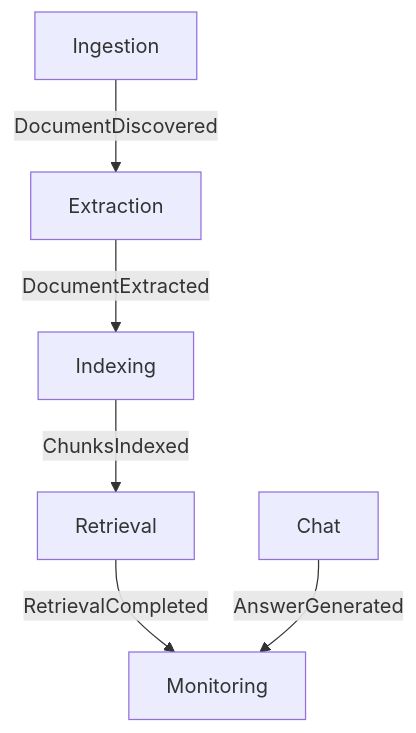
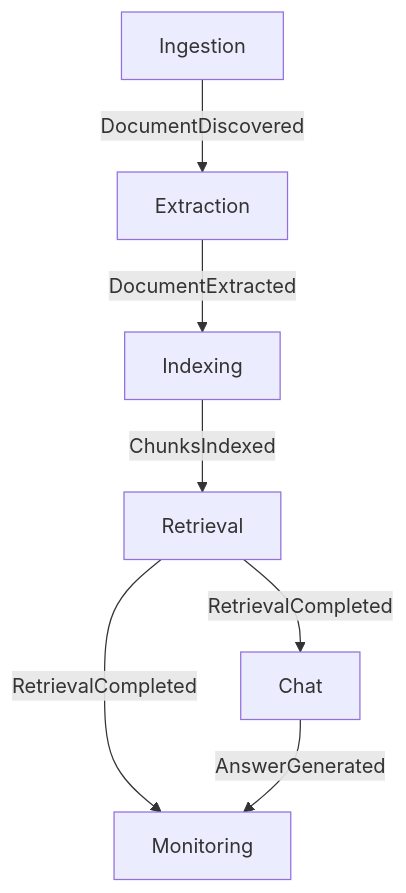
One commit to Rickycg21/MARP.Guide.Y3 changed the diagram in docs/events.md. Above: the diagram before and after it, drawn with Mermaid.

Commit message:
Update mermaid diagram in events.md

````diff
--- a/docs/events.md
+++ b/docs/events.md
@@ -132,8 +132,9 @@
 ```mermaid
 flowchart TD
   I[Ingestion] -->|DocumentDiscovered| E[Extraction]
   E -->|DocumentExtracted| X[Indexing]
   X -->|ChunksIndexed| R[Retrieval]
+  R -->|RetrievalCompleted| C[Chat]
   R -->|RetrievalCompleted| M[Monitoring]
-  C[Chat] -->|AnswerGenerated| M
+  C -->|AnswerGenerated| M[Monitoring]
 ```
````
